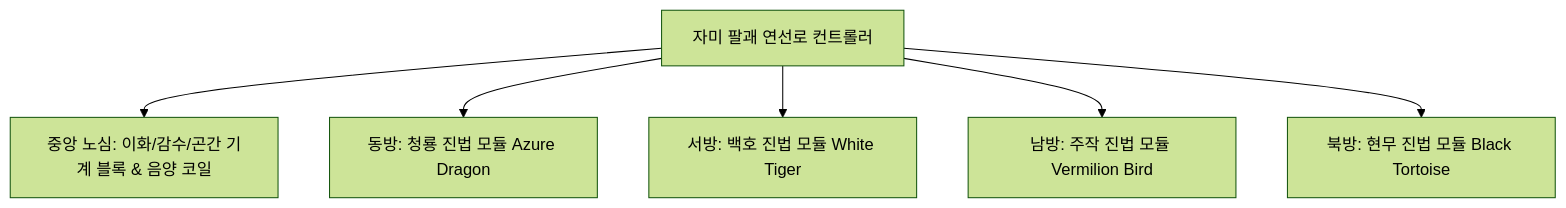
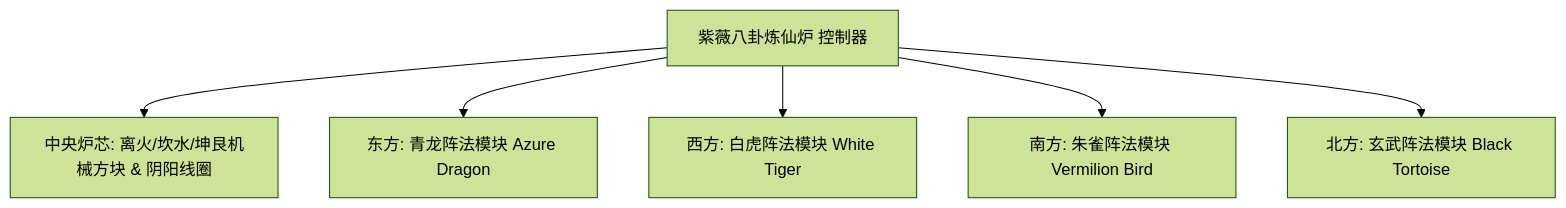
Before and after one commit to takanashisatou/GregtechEasy: the diagram in docs/ko/gtecore/yin-yang-and-four-symbols.md, drawn with Mermaid (forest theme). The commit also changed other lines of this file and 144 other files, not shown here.

````diff
--- a/docs/ko/gtecore/yin-yang-and-four-symbols.md
+++ b/docs/ko/gtecore/yin-yang-and-four-symbols.md
@@ -11,8 +11,8 @@
 ```mermaid
 graph TD
-    A[자미 팔괘 연선로 컨트롤러] --> B[중앙 노심: 이화/감수/곤간 기계 블록 & 음양 코일]
-    A --> C[동방: 청룡 진법 모듈 Azure Dragon]
-    A --> D[서방: 백호 진법 모듈 White Tiger]
-    A --> E[남방: 주작 진법 모듈 Vermilion Bird]
-    A --> F[북방: 현무 진법 모듈 Black Tortoise]
+    A[紫薇八卦炼仙炉 控制器] --> B[中央炉芯: 离火/坎水/坤艮机械方块 & 阴阳线圈]
+    A --> C[东方: 青龙阵法模块 Azure Dragon]
+    A --> D[西方: 白虎阵法模块 White Tiger]
+    A --> E[南方: 朱雀阵法模块 Vermilion Bird]
+    A --> F[北方: 玄武阵法模块 Black Tortoise]
 ```
````
